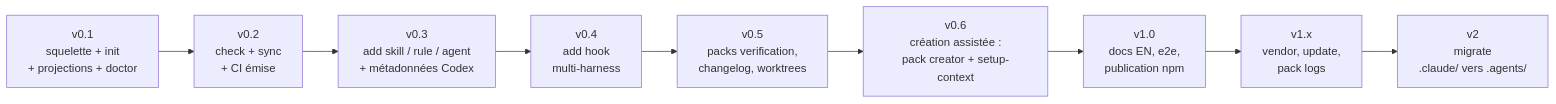
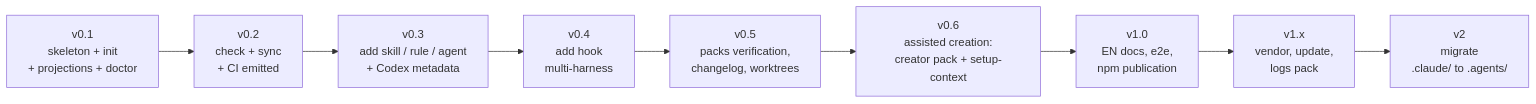
Before and after one commit to PicardRaphael/agentsdir: the diagram in docs/roadmap.md, drawn with Mermaid. The commit also changed other lines of this file and 23 other files, not shown here.

Commit message:
Tache 14 : check compare les copies a la source, sync retire les orphelins, les generateurs projettent

````diff
--- a/docs/roadmap.md
+++ b/docs/roadmap.md
@@ -5,11 +5,11 @@
 ```mermaid
 flowchart LR
-    v01["v0.1<br/>squelette + init<br/>+ projections + doctor"] --> v02["v0.2<br/>check + sync<br/>+ CI émise"]
-    v02 --> v03["v0.3<br/>add skill / rule / agent<br/>+ métadonnées Codex"]
+    v01["v0.1<br/>skeleton + init<br/>+ projections + doctor"] --> v02["v0.2<br/>check + sync<br/>+ CI emitted"]
+    v02 --> v03["v0.3<br/>add skill / rule / agent<br/>+ Codex metadata"]
     v03 --> v04["v0.4<br/>add hook<br/>multi-harness"]
     v04 --> v05["v0.5<br/>packs verification,<br/>changelog, worktrees"]
-    v05 --> v06["v0.6<br/>création assistée :<br/>pack creator + setup-context"]
-    v06 --> v1["v1.0<br/>docs EN, e2e,<br/>publication npm"]
-    v1 --> v1x["v1.x<br/>vendor, update,<br/>pack logs"]
-    v1x --> v2["v2<br/>migrate<br/>.claude/ vers .agents/"]
+    v05 --> v06["v0.6<br/>assisted creation:<br/>creator pack + setup-context"]
+    v06 --> v1["v1.0<br/>EN docs, e2e,<br/>npm publication"]
+    v1 --> v1x["v1.x<br/>vendor, update,<br/>logs pack"]
+    v1x --> v2["v2<br/>migrate<br/>.claude/ to .agents/"]
 ```
````
